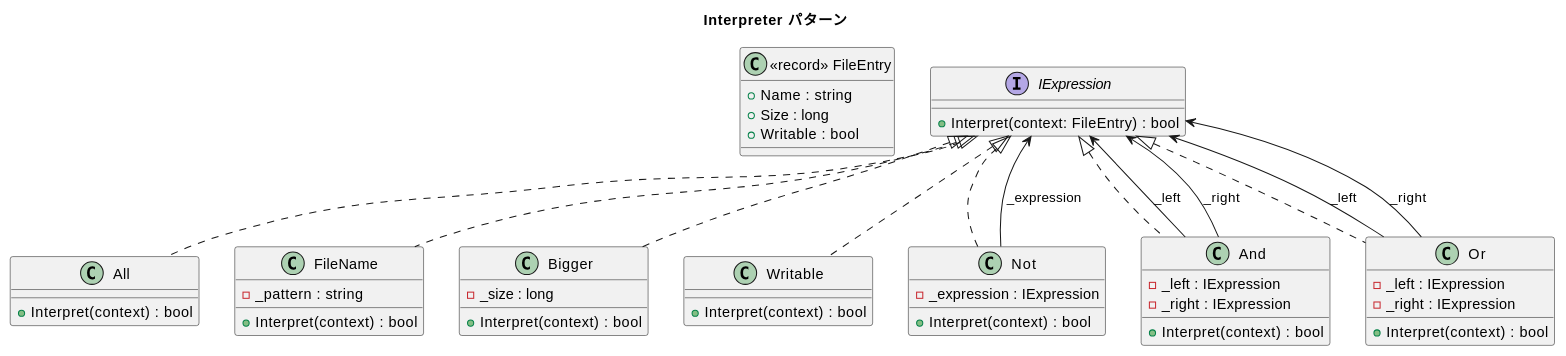
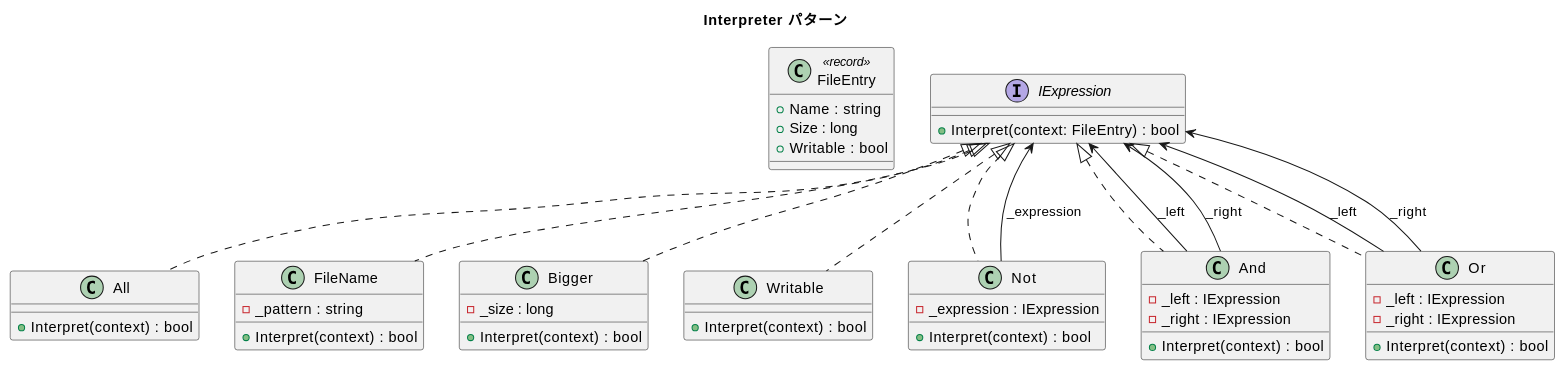
Before and after one commit to k2works/getting-started-design-pattern: the diagram in docs/article/csharp/16-interpreter.md, drawn with PlantUML. The commit also changed 73 other files, not shown here.

Commit message:
docs(article): PlantUML 表記と記事ナビゲーションを整理

````diff
--- a/docs/article/csharp/16-interpreter.md
+++ b/docs/article/csharp/16-interpreter.md
@@ -13,63 +13,63 @@
 ```plantuml
 @startuml
 title Interpreter パターン
 
-class "<<record>> FileEntry" as FE {
+class "FileEntry" as FE <<record>> {
   + Name : string
   + Size : long
   + Writable : bool
 }
 
 interface IExpression {
   + Interpret(context: FileEntry) : bool
 }
 
 class All {
   + Interpret(context) : bool
 }
 
 class FileName {
   - _pattern : string
   + Interpret(context) : bool
 }
 
 class Bigger {
   - _size : long
   + Interpret(context) : bool
 }
 
 class Writable {
   + Interpret(context) : bool
 }
 
 class Not {
   - _expression : IExpression
   + Interpret(context) : bool
 }
 
 class And {
   - _left : IExpression
   - _right : IExpression
   + Interpret(context) : bool
 }
 
 class Or {
   - _left : IExpression
   - _right : IExpression
   + Interpret(context) : bool
 }
 
 IExpression <|.. All
 IExpression <|.. FileName
 IExpression <|.. Bigger
 IExpression <|.. Writable
 IExpression <|.. Not
 IExpression <|.. And
 IExpression <|.. Or
 Not --> IExpression : _expression
 And --> IExpression : _left
 And --> IExpression : _right
 Or --> IExpression : _left
 Or --> IExpression : _right
 @enduml
 ```
````
